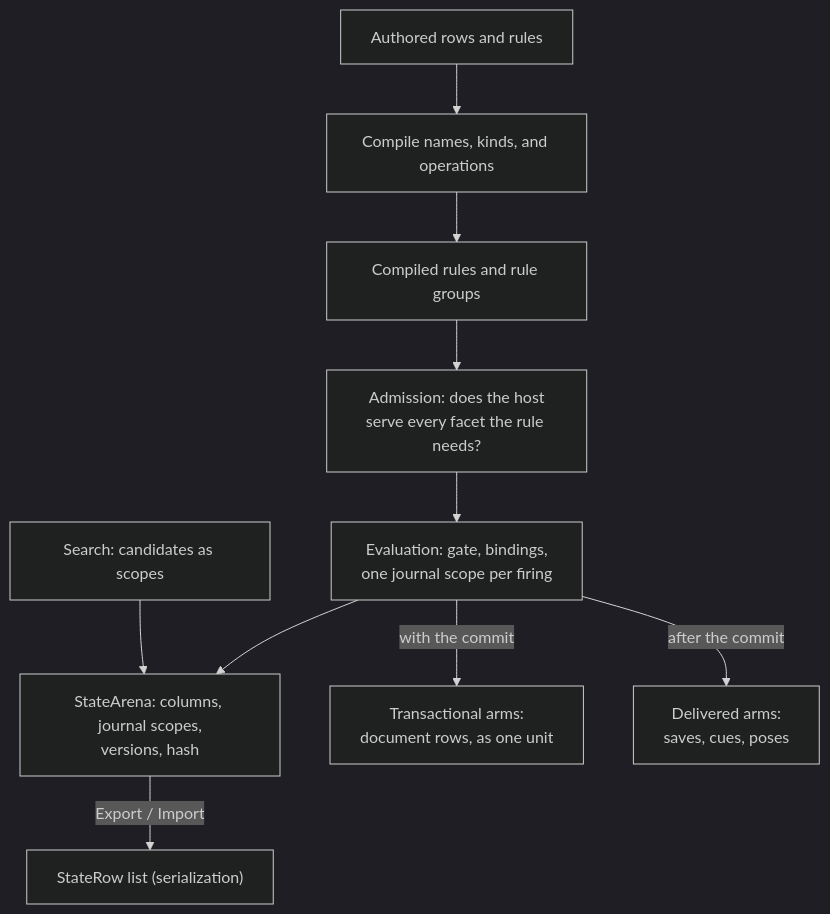
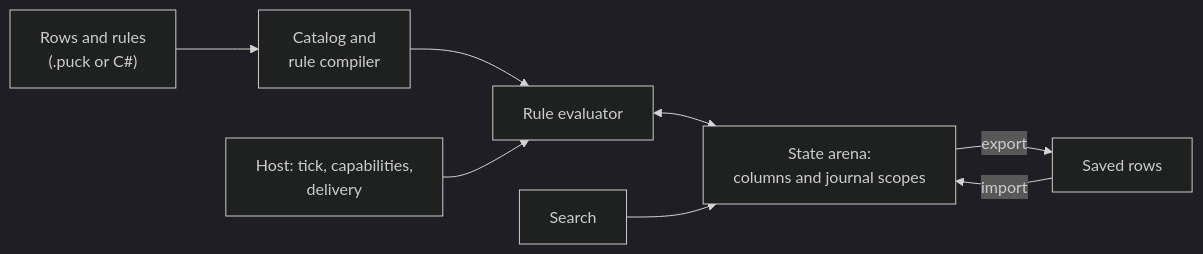
The first of 2 diagrams in docs/reference/state.md (ByteTerrace/Puck), drawn with Mermaid (dark theme) before and after one commit. The commit also changed other lines of this file and 4567 other files, not shown here.

First line of the commit message:
housekeeping: one clock, counted gpu work, the shader-pipeline foundation, document-owned paths, and no environment switches

````diff
--- a/docs/reference/state.md
+++ b/docs/reference/state.md
@@ -25,12 +58,10 @@
 ```mermaid
-flowchart TB
-    Author["Authored rows and rules"] --> Compile["Compile names, kinds, and operations"]
-    Compile --> Rules["Compiled rules and rule groups"]
-    Rules --> Admit["Admission: does the host<br/>serve every facet the rule needs?"]
-    Admit --> Evaluate["Evaluation: gate, bindings,<br/>one journal scope per firing"]
-    Evaluate --> Arena["StateArena: columns, journal scopes,<br/>versions, hash"]
-    Arena -- "Export / Import" --> Document["StateRow list (serialization)"]
-    Evaluate -- "with the commit" --> Unit["Transactional arms:<br/>document rows, as one unit"]
-    Evaluate -- "after the commit" --> Outward["Delivered arms:<br/>saves, cues, poses"]
-    Search["Search: candidates as scopes"] --> Arena
+flowchart LR
+    Author["Rows and rules<br/>(.puck or C#)"] --> Compile["Catalog and<br/>rule compiler"]
+    Compile --> Evaluator["Rule evaluator"]
+    Host["Host: tick, capabilities,<br/>delivery"] --> Evaluator
+    Evaluator <--> Arena["State arena:<br/>columns and journal scopes"]
+    Arena -- "export" --> Document["Saved rows"]
+    Document -- "import" --> Arena
+    Search["Search"] --> Arena
 ```
````
